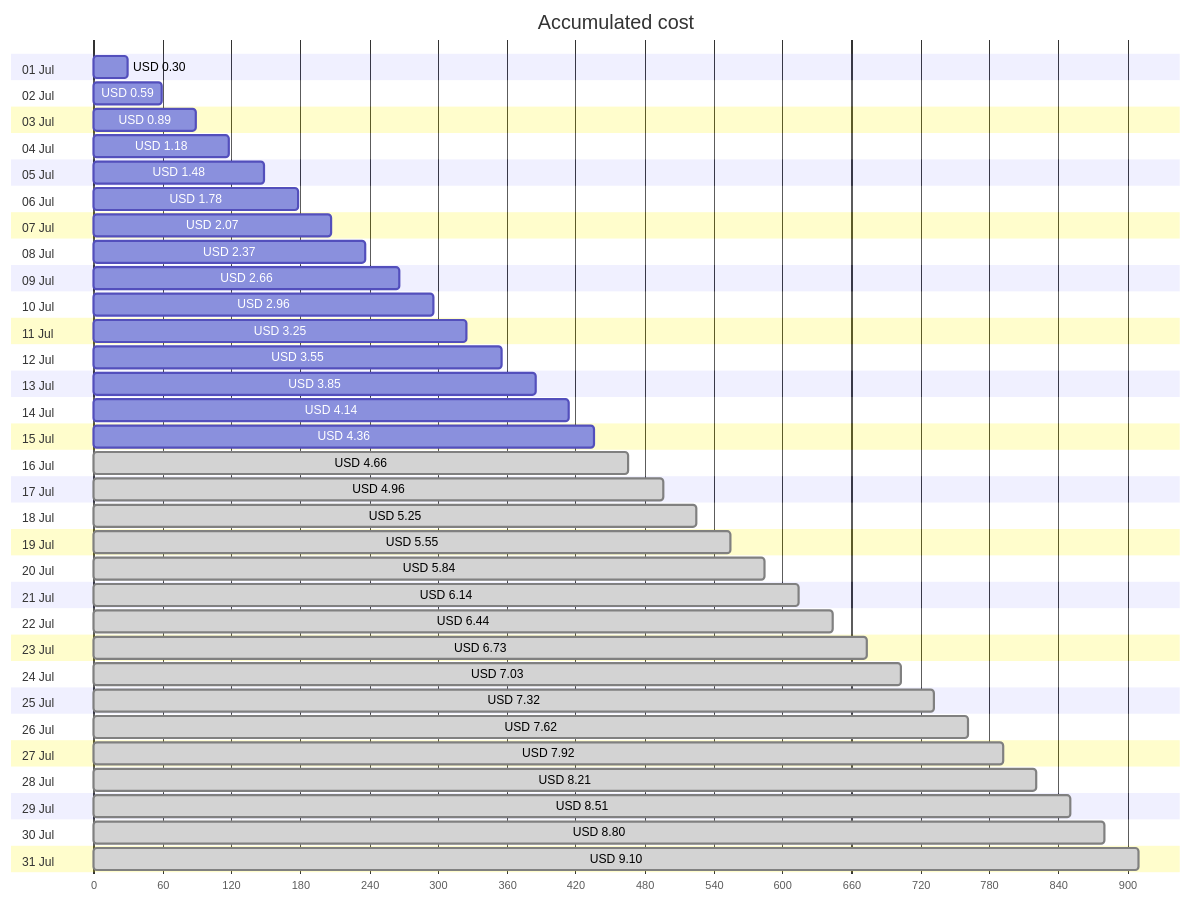
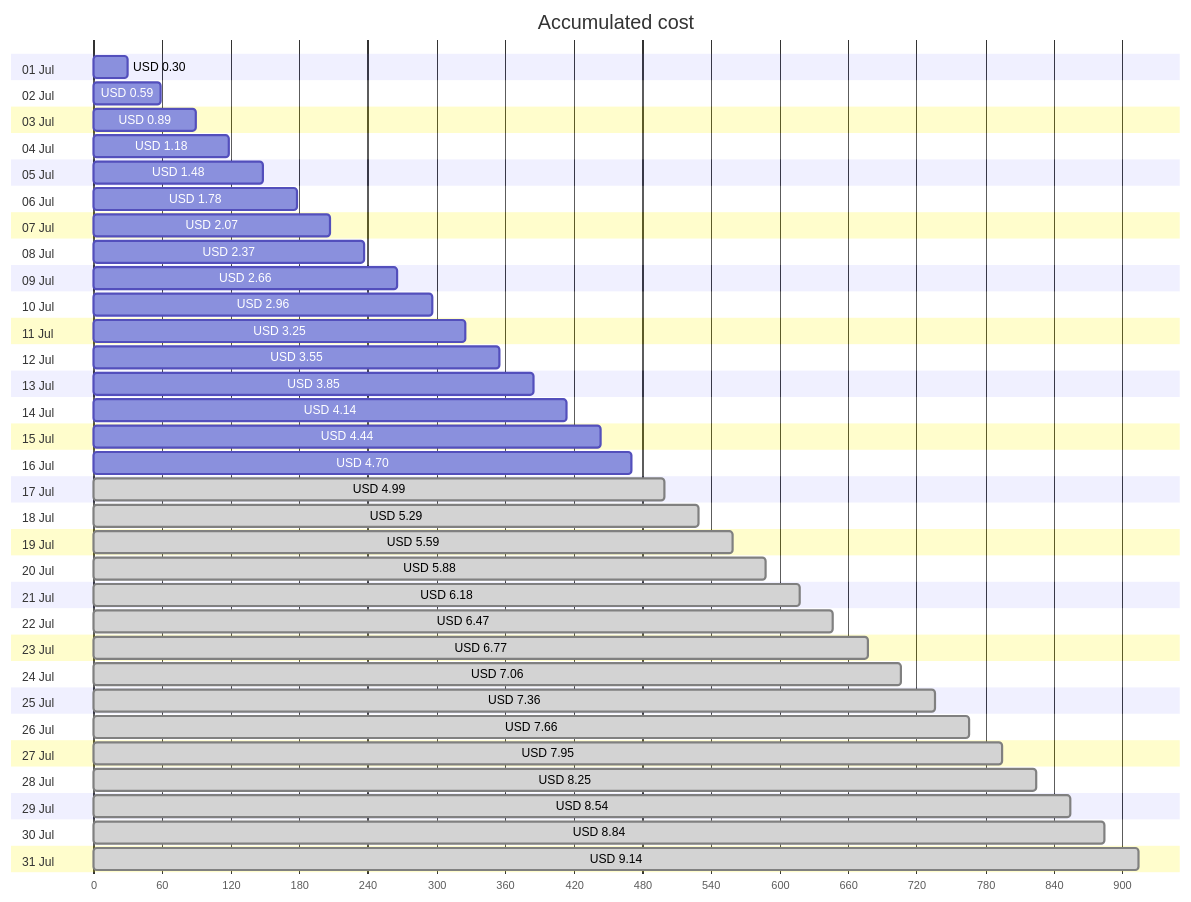
The first of 4 diagrams in cost-reports/personal-site/personal-site.md (jpfulton/azure-personal-reports), drawn with Mermaid before and after one commit. The commit also changed other lines of this file and 6 other files, not shown here.

````diff
--- a/cost-reports/personal-site/personal-site.md
+++ b/cost-reports/personal-site/personal-site.md
@@ -20,68 +20,68 @@
 ```mermaid
 gantt
    title Accumulated cost
    dateFormat  X
    axisFormat %s
    section 01 Jul
    USD 0.30 :0, 30
    section 02 Jul
    USD 0.59 :0, 59
    section 03 Jul
    USD 0.89 :0, 89
    section 04 Jul
    USD 1.18 :0, 118
    section 05 Jul
    USD 1.48 :0, 148
    section 06 Jul
    USD 1.78 :0, 178
    section 07 Jul
    USD 2.07 :0, 207
    section 08 Jul
    USD 2.37 :0, 237
    section 09 Jul
    USD 2.66 :0, 266
    section 10 Jul
    USD 2.96 :0, 296
    section 11 Jul
    USD 3.25 :0, 325
    section 12 Jul
    USD 3.55 :0, 355
    section 13 Jul
    USD 3.85 :0, 385
    section 14 Jul
    USD 4.14 :0, 414
    section 15 Jul
-   USD 4.36 :0, 436
+   USD 4.44 :0, 444
    section 16 Jul
-   USD 4.66 : done, 0, 466
+   USD 4.70 :0, 470
    section 17 Jul
-   USD 4.96 : done, 0, 496
+   USD 4.99 : done, 0, 499
    section 18 Jul
-   USD 5.25 : done, 0, 525
+   USD 5.29 : done, 0, 529
    section 19 Jul
-   USD 5.55 : done, 0, 555
+   USD 5.59 : done, 0, 559
    section 20 Jul
-   USD 5.84 : done, 0, 584
+   USD 5.88 : done, 0, 588
    section 21 Jul
-   USD 6.14 : done, 0, 614
+   USD 6.18 : done, 0, 618
    section 22 Jul
-   USD 6.44 : done, 0, 644
+   USD 6.47 : done, 0, 647
    section 23 Jul
-   USD 6.73 : done, 0, 673
+   USD 6.77 : done, 0, 677
    section 24 Jul
-   USD 7.03 : done, 0, 703
+   USD 7.06 : done, 0, 706
    section 25 Jul
-   USD 7.32 : done, 0, 732
+   USD 7.36 : done, 0, 736
    section 26 Jul
-   USD 7.62 : done, 0, 762
+   USD 7.66 : done, 0, 766
    section 27 Jul
-   USD 7.92 : done, 0, 792
+   USD 7.95 : done, 0, 795
    section 28 Jul
-   USD 8.21 : done, 0, 821
+   USD 8.25 : done, 0, 825
    section 29 Jul
-   USD 8.51 : done, 0, 851
+   USD 8.54 : done, 0, 854
    section 30 Jul
-   USD 8.80 : done, 0, 880
+   USD 8.84 : done, 0, 884
    section 31 Jul
-   USD 9.10 : done, 0, 910
+   USD 9.14 : done, 0, 914
 ```
````
